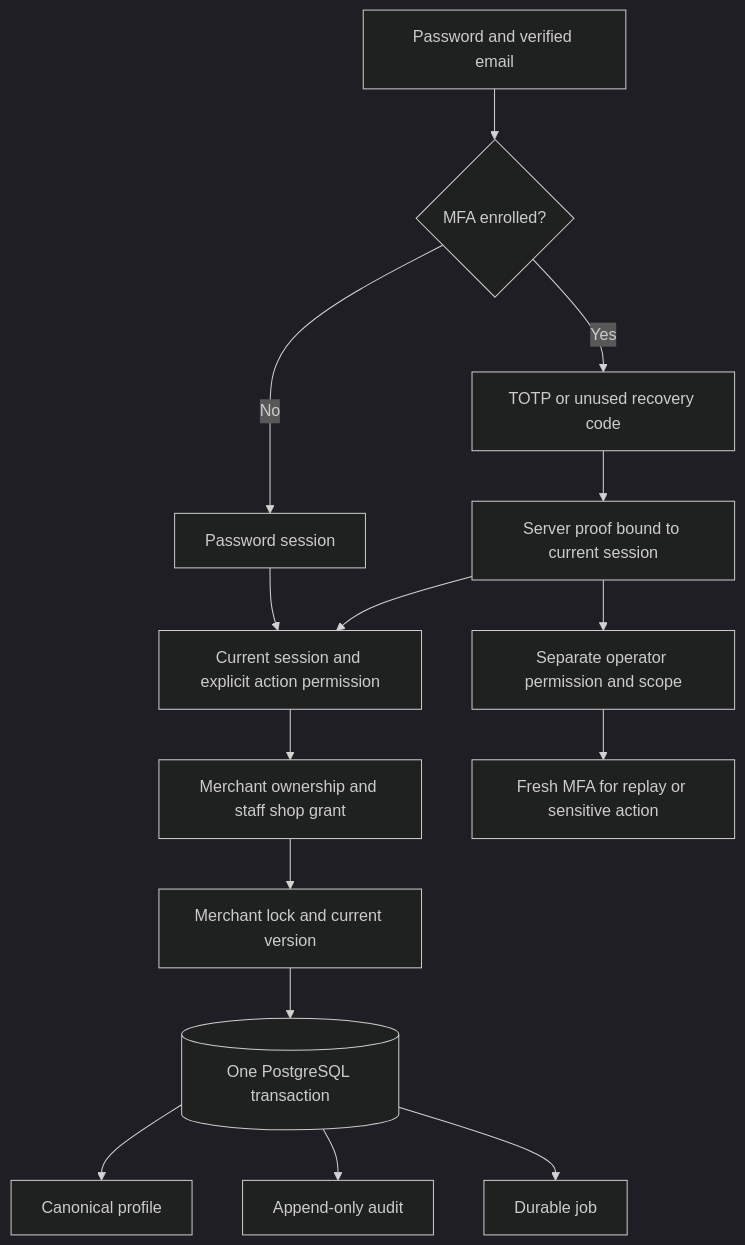
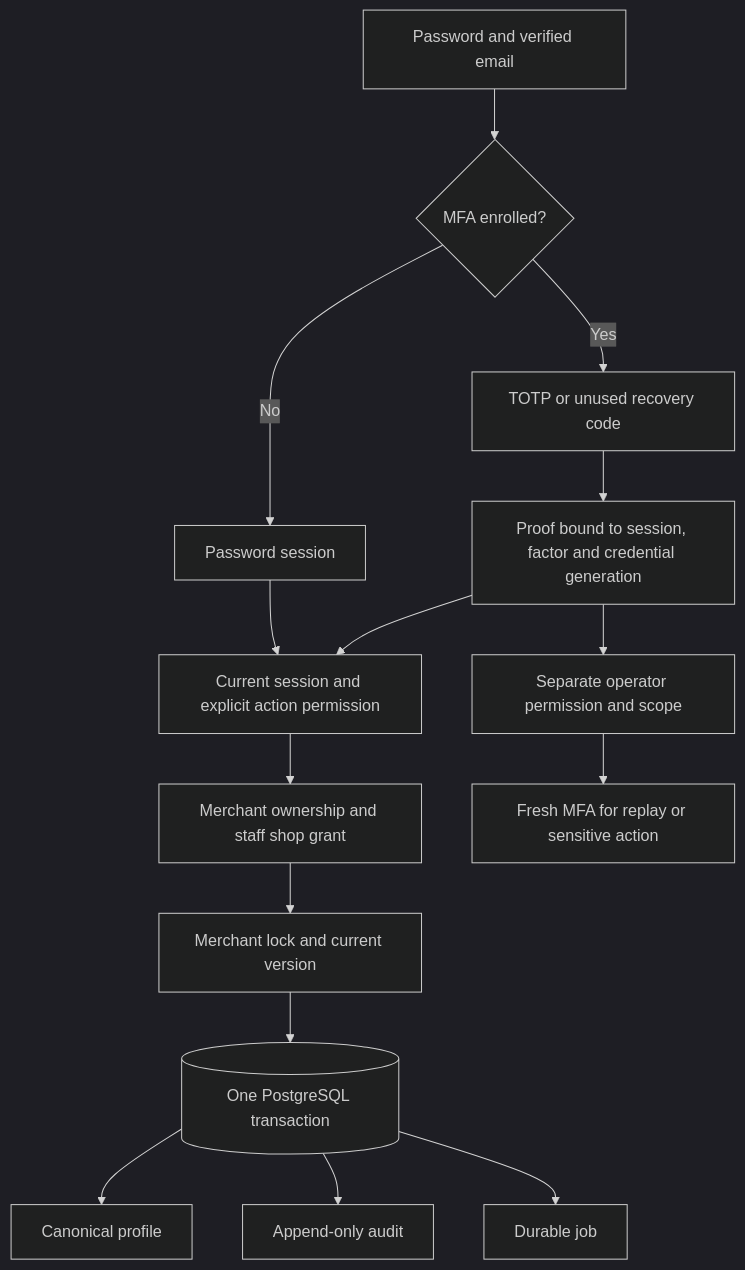
The second of 7 diagrams in docs/ILLUSTRATIONS.md (Courtlyambuiguity34/londos), drawn with Mermaid (dark theme) before and after one commit. The commit also changed other lines of this file and 21 other files, not shown here.

````diff
--- a/docs/ILLUSTRATIONS.md
+++ b/docs/ILLUSTRATIONS.md
@@ -35,17 +35,17 @@
 ```mermaid
 flowchart TD
   Login[Password and verified email] --> Challenge{MFA enrolled?}
   Challenge -->|Yes| Factor[TOTP or unused recovery code]
-  Factor --> Proof[Server proof bound to current session]
+  Factor --> Proof[Proof bound to session, factor and credential generation]
   Challenge -->|No| Session[Password session]
   Proof --> Policy[Current session and explicit action permission]
   Session --> Policy
   Policy --> Tenant[Merchant ownership and staff shop grant]
   Tenant --> Lock[Merchant lock and current version]
   Lock --> Commit[(One PostgreSQL transaction)]
   Commit --> Profile[Canonical profile]
   Commit --> Audit[Append-only audit]
   Commit --> Job[Durable job]
   Proof --> Operator[Separate operator permission and scope]
   Operator --> Sensitive[Fresh MFA for replay or sensitive action]
 ```
````
